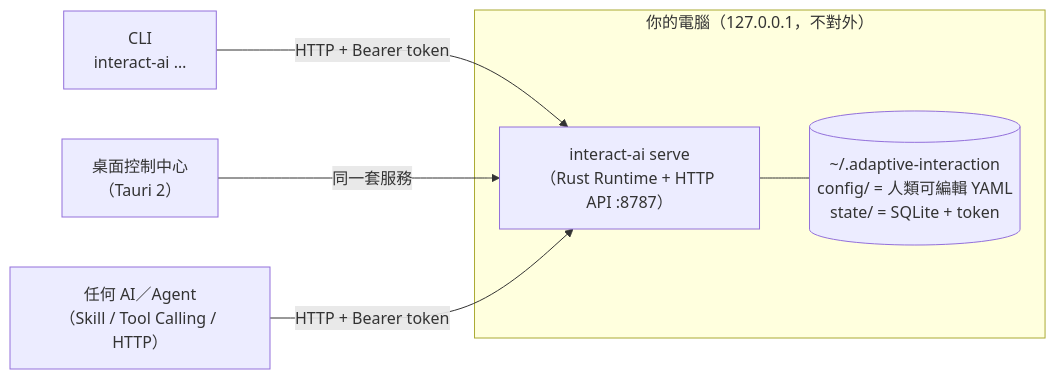
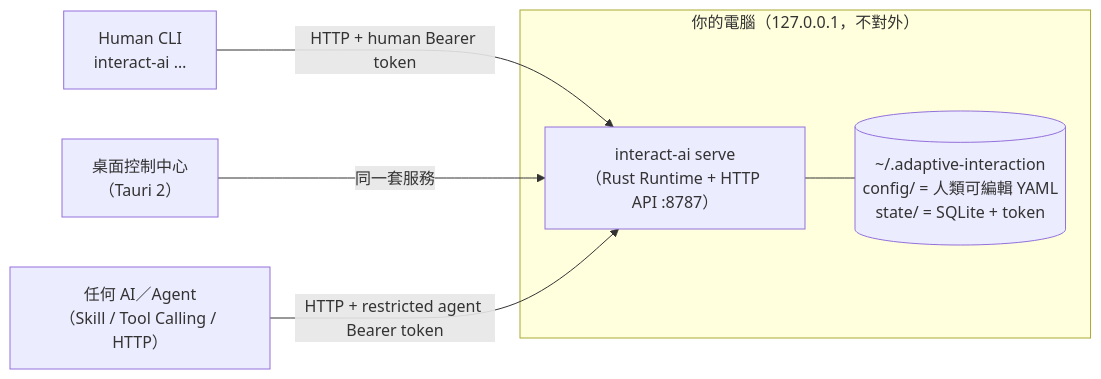
The diagram in docs/INSTALL.md (miles990/adaptive-interaction), drawn with Mermaid before and after one commit. The commit also changed other lines of this file and 201 other files, not shown here.

````diff
--- a/docs/INSTALL.md
+++ b/docs/INSTALL.md
@@ -125,11 +126,11 @@
 ```mermaid
 flowchart LR
     subgraph host["你的電腦（127.0.0.1，不對外）"]
         daemon["interact-ai serve<br/>（Rust Runtime + HTTP API :8787）"]
         cfg[("~/.adaptive-interaction<br/>config/ = 人類可編輯 YAML<br/>state/ = SQLite + token")]
         daemon --- cfg
     end
-    cli["CLI<br/>interact-ai …"] -->|"HTTP + Bearer token"| daemon
+    cli["Human CLI<br/>interact-ai …"] -->|"HTTP + human Bearer token"| daemon
     desktop["桌面控制中心<br/>（Tauri 2）"] -->|"同一套服務"| daemon
-    ai["任何 AI／Agent<br/>（Skill / Tool Calling / HTTP）"] -->|"HTTP + Bearer token"| daemon
+    ai["任何 AI／Agent<br/>（Skill / Tool Calling / HTTP）"] -->|"HTTP + restricted agent Bearer token"| daemon
 ```
````
